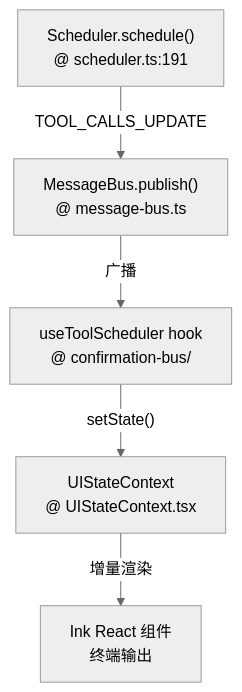
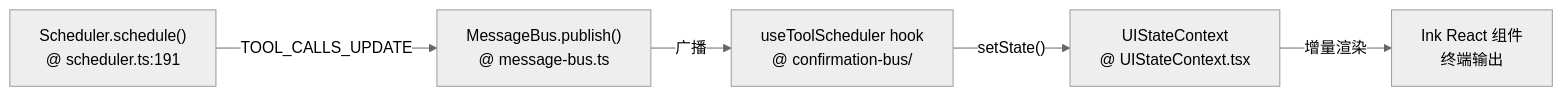
Before and after one commit to feuyeux/hello-olleh: the first of 2 diagrams in hello-gemini-cli/04-state-session-memory.md, drawn with Mermaid. The commit also changed other lines of this file and 5 other files, not shown here.

````diff
--- a/hello-gemini-cli/04-state-session-memory.md
+++ b/hello-gemini-cli/04-state-session-memory.md
@@ -279,8 +279,8 @@
 ```mermaid
 %%{init: {'theme': 'neutral'}}%%
-flowchart TD
+flowchart LR
     Scheduler["Scheduler.schedule()<br/>@ scheduler.ts:191"] -->|"TOOL_CALLS_UPDATE"| Bus["MessageBus.publish()<br/>@ message-bus.ts"]
     Bus -->|"广播"| UIHook["useToolScheduler hook<br/>@ confirmation-bus/"]
     UIHook -->|"setState()"| UIState["UIStateContext<br/>@ UIStateContext.tsx"]
     UIState -->|"增量渲染"| Ink["Ink React 组件<br/>终端输出"]
 ```
````
